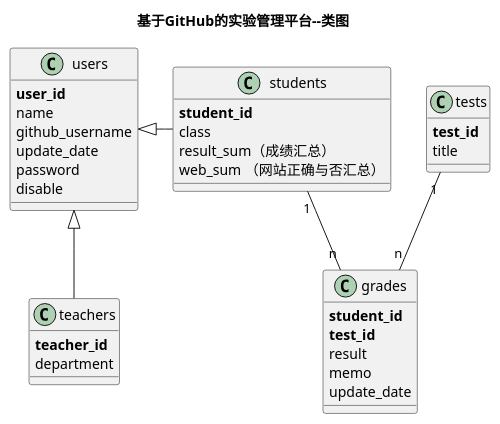
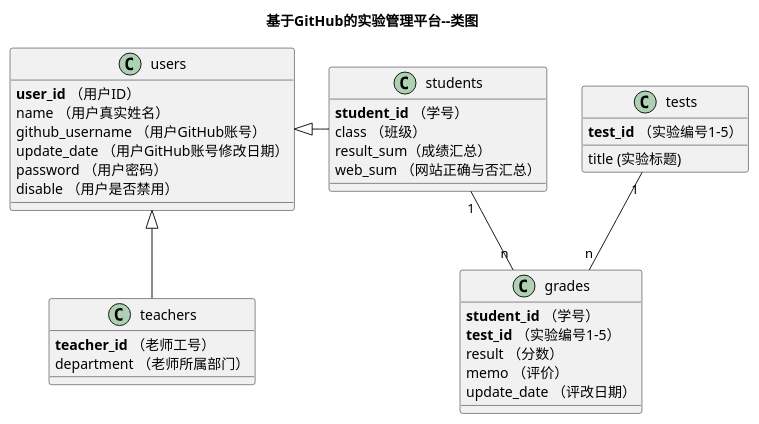
One commit to ylfagh/is_analysis-1 changed the diagram in 项目/实验平台/doc/class.puml. Above: the diagram before and after it, drawn with PlantUML.

Commit message:
version2

```diff
--- a/项目/实验平台/doc/class.puml
+++ b/项目/实验平台/doc/class.puml
@@ -1,40 +1,40 @@
 @startuml
 title 基于GitHub的实验管理平台--类图
 class users {
-    <b>user_id</b>
-    name
-    github_username
-    update_date
-    password
-    disable
+    <b>user_id</b> （用户ID）
+    name （用户真实姓名）
+    github_username （用户GitHub账号）
+    update_date （用户GitHub账号修改日期）
+    password （用户密码）
+    disable （用户是否禁用）
 }
 class teachers{
-    <b>teacher_id</b>
-    department
+    <b>teacher_id</b> （老师工号）
+    department （老师所属部门）
 }
 class students{
-    <b>student_id</b>
-    class
+    <b>student_id</b> （学号）
+    class （班级）
     result_sum（成绩汇总）
     web_sum （网站正确与否汇总）
 }
 users <|- students
 users <|-- teachers
 class grades {
-    <b>student_id</b>
-    <b>test_id</b>
-    result
-    memo
-    update_date
+    <b>student_id</b> （学号）
+    <b>test_id</b> （实验编号1-5）
+    result （分数）
+    memo （评价）
+    update_date （评改日期）
 }
 
 class tests {
-    <b>test_id</b>
-    title
+    <b>test_id</b> （实验编号1-5）
+    title (实验标题)
 }
 
 students "1" -- "n"  grades
 tests "1" -- "n"  grades
 
 
 @enduml
```
